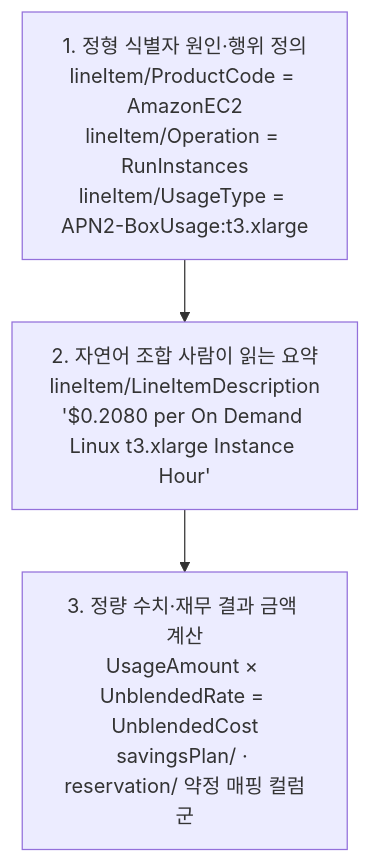
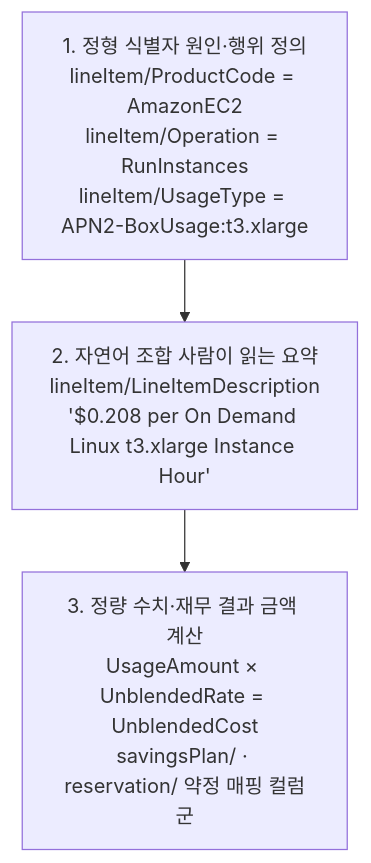
Before and after one commit to dotoryeee/blog: the third of 11 diagrams in docs/posts/Cloud Infra/aws_finops_deep_dive.md, drawn with Mermaid. The commit also changed other lines of this file, not shown here.

````diff
--- a/docs/posts/Cloud Infra/aws_finops_deep_dive.md
+++ b/docs/posts/Cloud Infra/aws_finops_deep_dive.md
@@ -172,7 +170,7 @@
 ```mermaid
 graph TB
     A["1. 정형 식별자 원인·행위 정의<br>lineItem/ProductCode = AmazonEC2<br>lineItem/Operation = RunInstances<br>lineItem/UsageType = APN2-BoxUsage:t3.xlarge"]
-    B["2. 자연어 조합 사람이 읽는 요약<br>lineItem/LineItemDescription<br>'$0.2080 per On Demand Linux t3.xlarge Instance Hour'"]
+    B["2. 자연어 조합 사람이 읽는 요약<br>lineItem/LineItemDescription<br>'$0.208 per On Demand Linux t3.xlarge Instance Hour'"]
     C["3. 정량 수치·재무 결과 금액 계산<br>UsageAmount × UnblendedRate = UnblendedCost<br>savingsPlan/ · reservation/ 약정 매핑 컬럼군"]
     A --> B --> C
 ```
````
